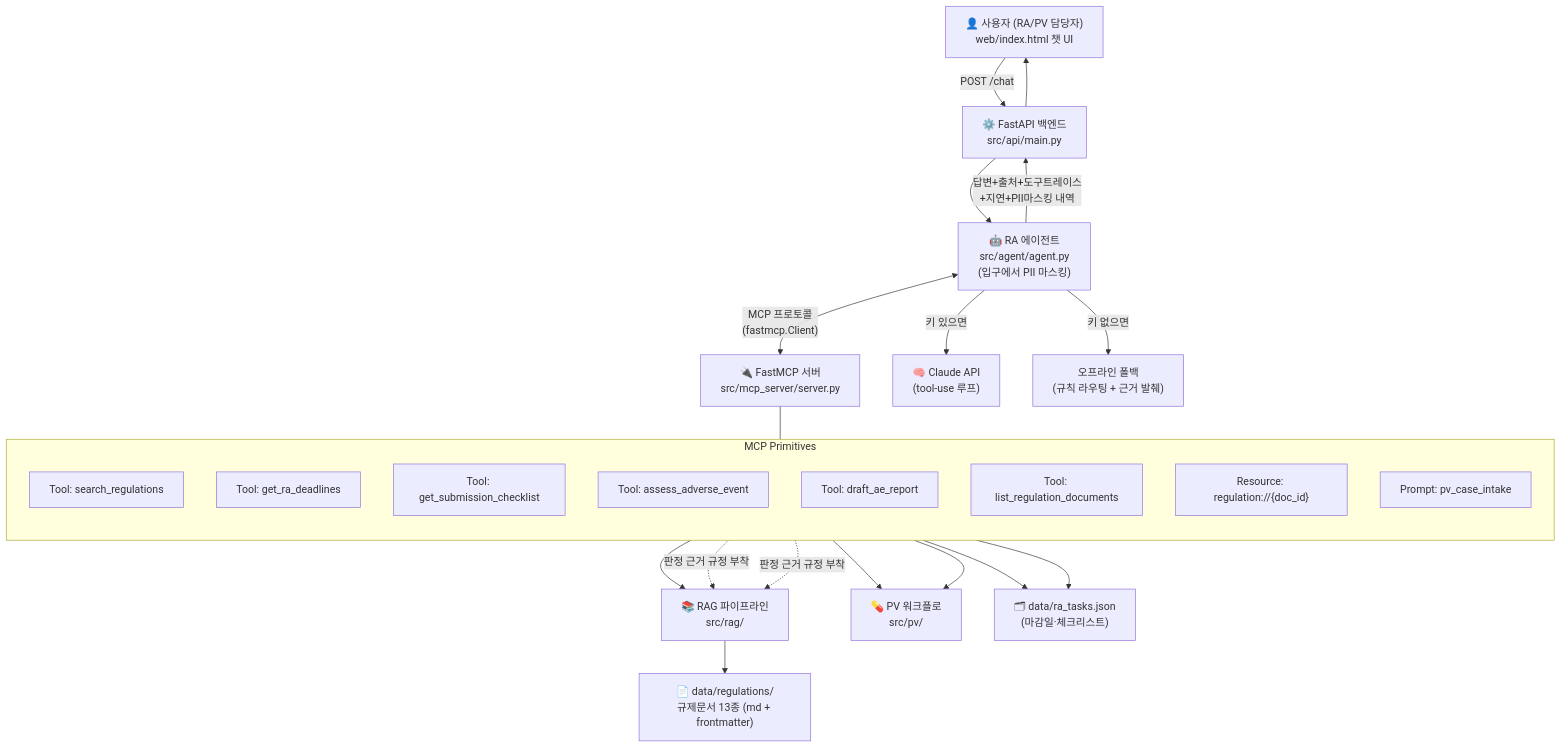
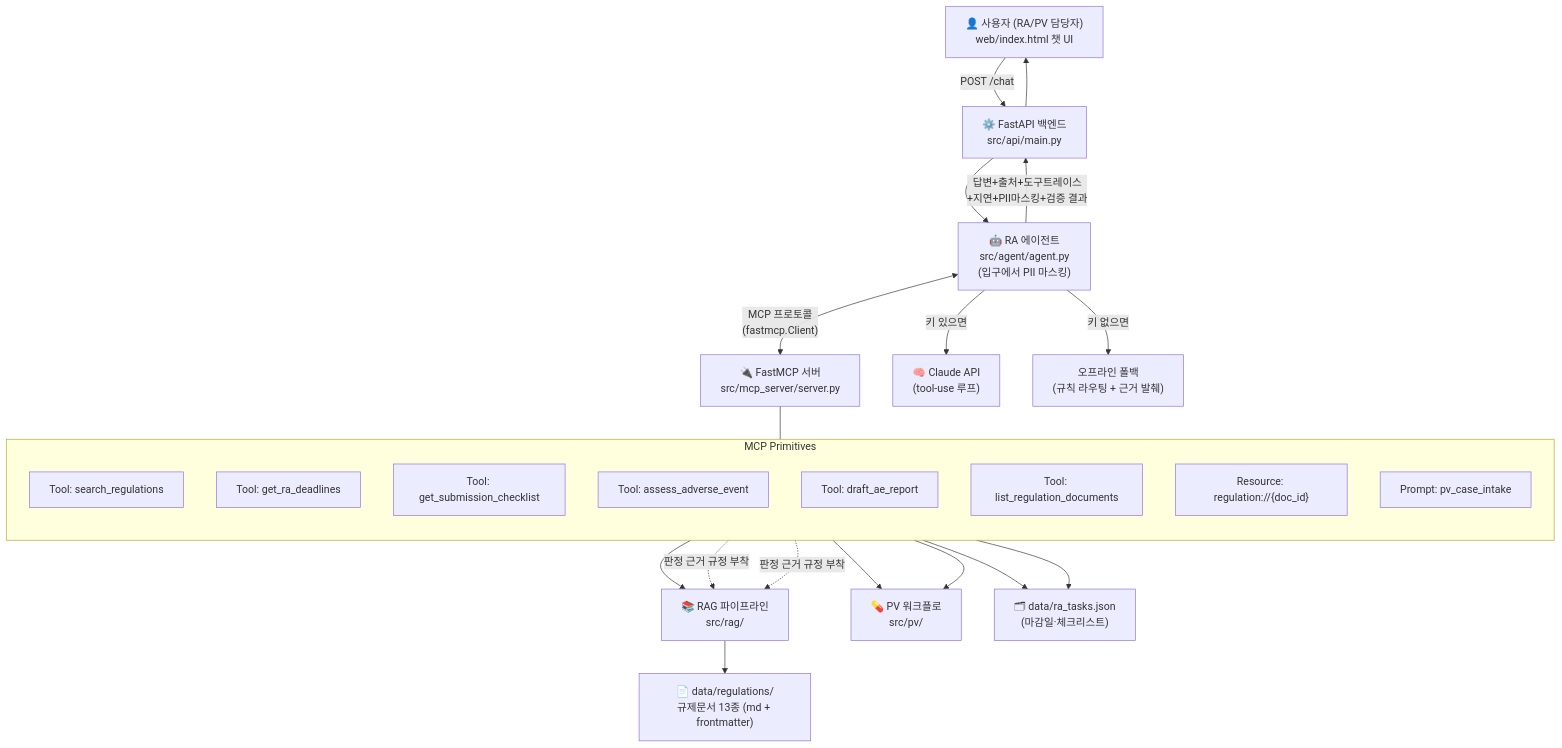
Before and after one commit to chaeyoo/letsgogc: the first of 6 diagrams in project/architecture.md, drawn with Mermaid. The commit also changed other lines of this file and 6 other files, not shown here.

````diff
--- a/project/architecture.md
+++ b/project/architecture.md
@@ -23,34 +23,34 @@
 ```mermaid
 flowchart TB
     U["👤 사용자 (RA/PV 담당자)<br/>web/index.html 챗 UI"] -->|"POST /chat"| API["⚙️ FastAPI 백엔드<br/>src/api/main.py"]
     API --> AG["🤖 RA 에이전트<br/>src/agent/agent.py<br/>(입구에서 PII 마스킹)"]
 
     AG <-->|"MCP 프로토콜<br/>(fastmcp.Client)"| MCP["🔌 FastMCP 서버<br/>src/mcp_server/server.py"]
 
     subgraph TOOLS["MCP Primitives"]
         direction TB
         T1["Tool: search_regulations"]
         T2["Tool: get_ra_deadlines"]
         T3["Tool: get_submission_checklist"]
         T4["Tool: assess_adverse_event"]
         T5["Tool: draft_ae_report"]
         T6["Tool: list_regulation_documents"]
         R1["Resource: regulation://{doc_id}"]
         P1["Prompt: pv_case_intake"]
     end
     MCP --- TOOLS
 
     T1 --> RAG["📚 RAG 파이프라인<br/>src/rag/"]
     T4 --> PV["💊 PV 워크플로<br/>src/pv/"]
     T5 --> PV
     T4 -.->|"판정 근거 규정 부착"| RAG
     T5 -.->|"판정 근거 규정 부착"| RAG
     T2 --> DB["🗂 data/ra_tasks.json<br/>(마감일·체크리스트)"]
     T3 --> DB
     RAG --> DOCS["📄 data/regulations/<br/>규제문서 13종 (md + frontmatter)"]
 
     AG -->|"키 있으면"| LLM["🧠 Claude API<br/>(tool-use 루프)"]
     AG -->|"키 없으면"| FB["오프라인 폴백<br/>(규칙 라우팅 + 근거 발췌)"]
 
-    AG -->|"답변+출처+도구트레이스<br/>+지연+PII마스킹 내역"| API --> U
+    AG -->|"답변+출처+도구트레이스<br/>+지연+PII마스킹+검증 결과"| API --> U
 ```
````
